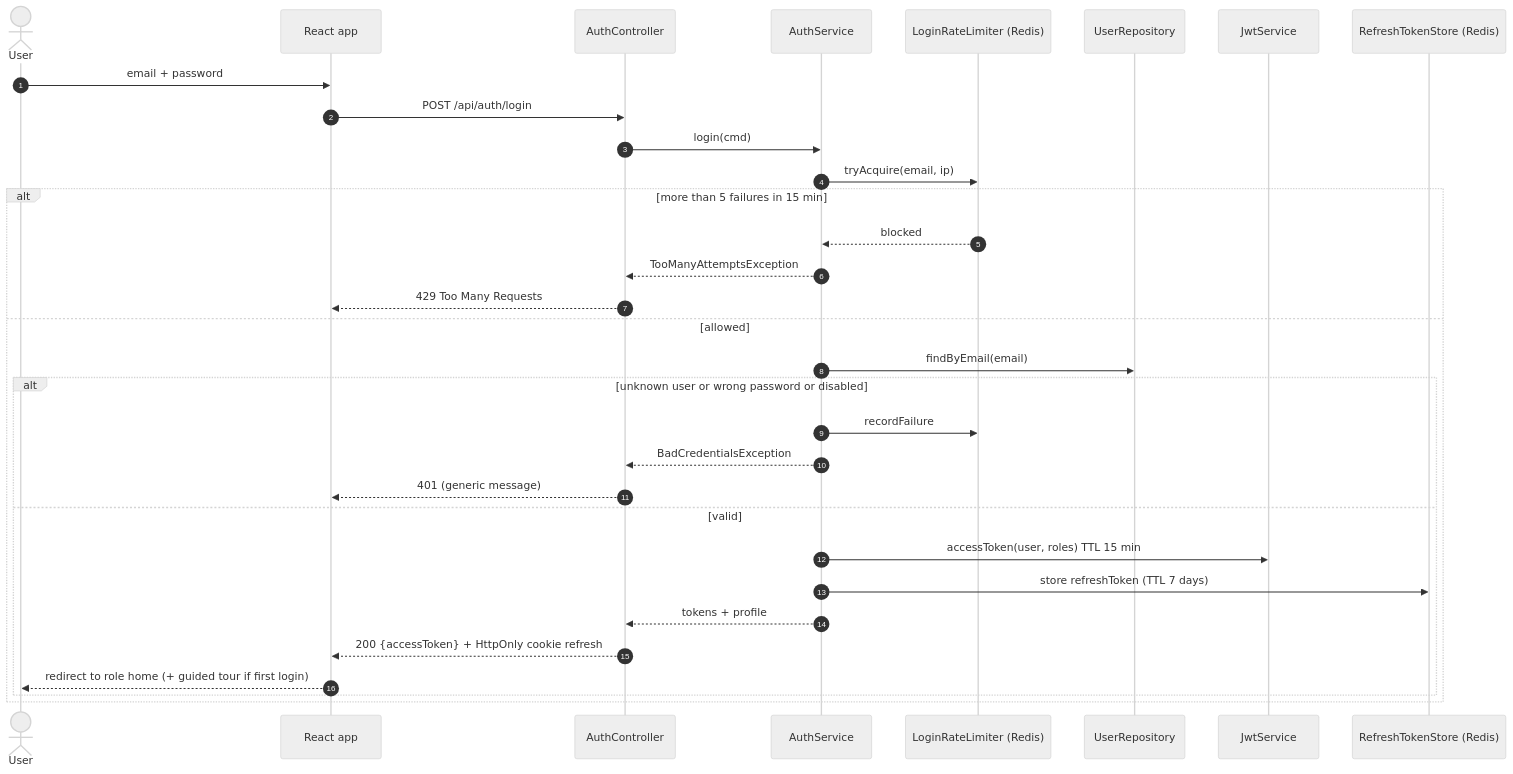
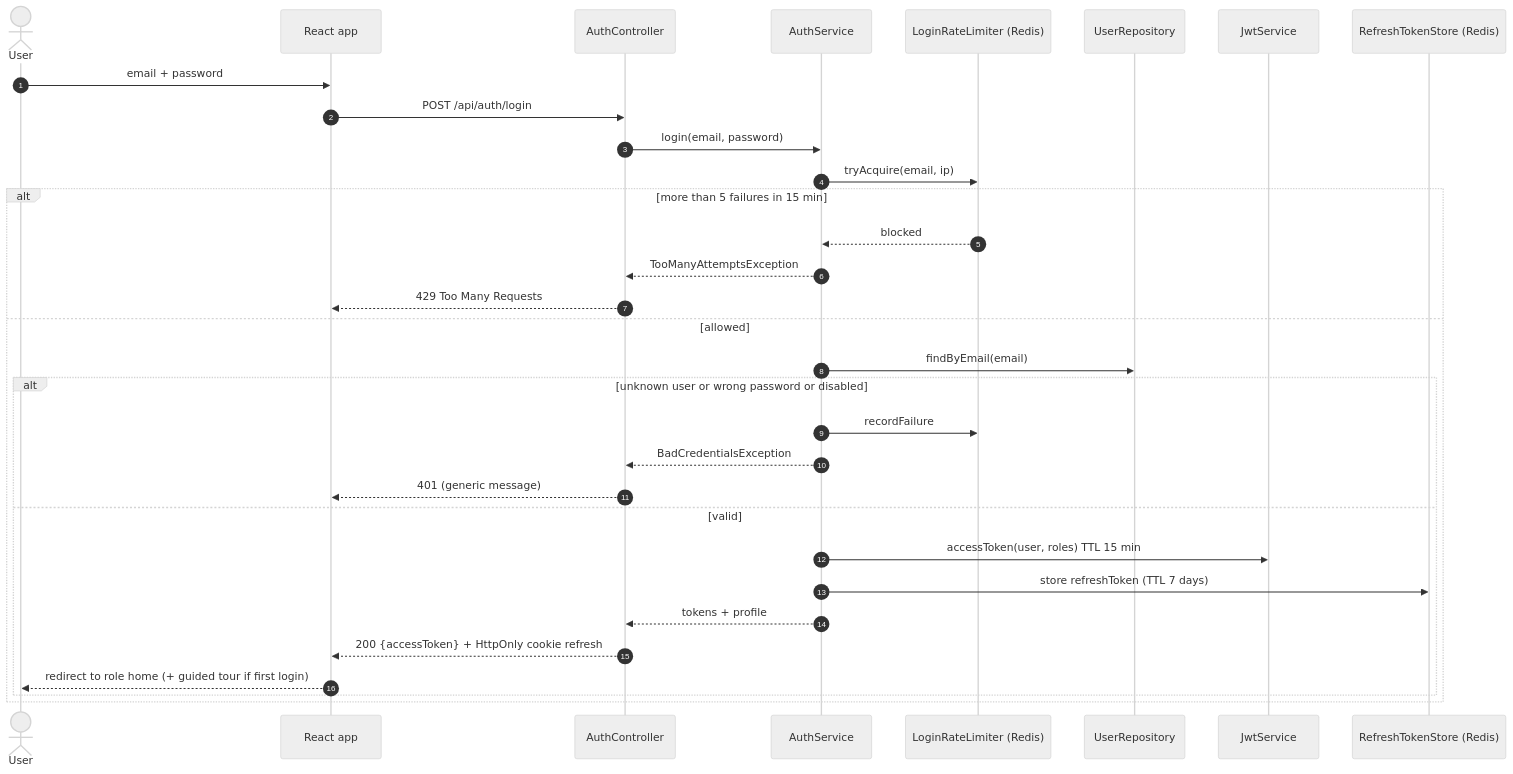
One commit to Iyed-M/olive-connect changed the second of 16 diagrams in docs/04-uml-design.md. Above: the diagram before and after it, drawn with Mermaid (neutral theme). The commit also changed other lines of this file and 51 other files, not shown here.

````diff
--- a/docs/04-uml-design.md
+++ b/docs/04-uml-design.md
@@ -370,35 +394,35 @@
 ```mermaid
 sequenceDiagram
     autonumber
     actor U as User
     participant FE as React app
     participant AC as AuthController
     participant AS as AuthService
     participant RL as LoginRateLimiter (Redis)
     participant UR as UserRepository
     participant JS as JwtService
     participant RT as RefreshTokenStore (Redis)
 
     U->>FE: email + password
     FE->>AC: POST /api/auth/login
-    AC->>AS: login(cmd)
+    AC->>AS: login(email, password)
     AS->>RL: tryAcquire(email, ip)
     alt more than 5 failures in 15 min
         RL-->>AS: blocked
         AS-->>AC: TooManyAttemptsException
         AC-->>FE: 429 Too Many Requests
     else allowed
         AS->>UR: findByEmail(email)
         alt unknown user or wrong password or disabled
             AS->>RL: recordFailure
             AS-->>AC: BadCredentialsException
             AC-->>FE: 401 (generic message)
         else valid
             AS->>JS: accessToken(user, roles) TTL 15 min
             AS->>RT: store refreshToken (TTL 7 days)
             AS-->>AC: tokens + profile
             AC-->>FE: 200 {accessToken} + HttpOnly cookie refresh
             FE-->>U: redirect to role home (+ guided tour if first login)
         end
     end
 ```
````
